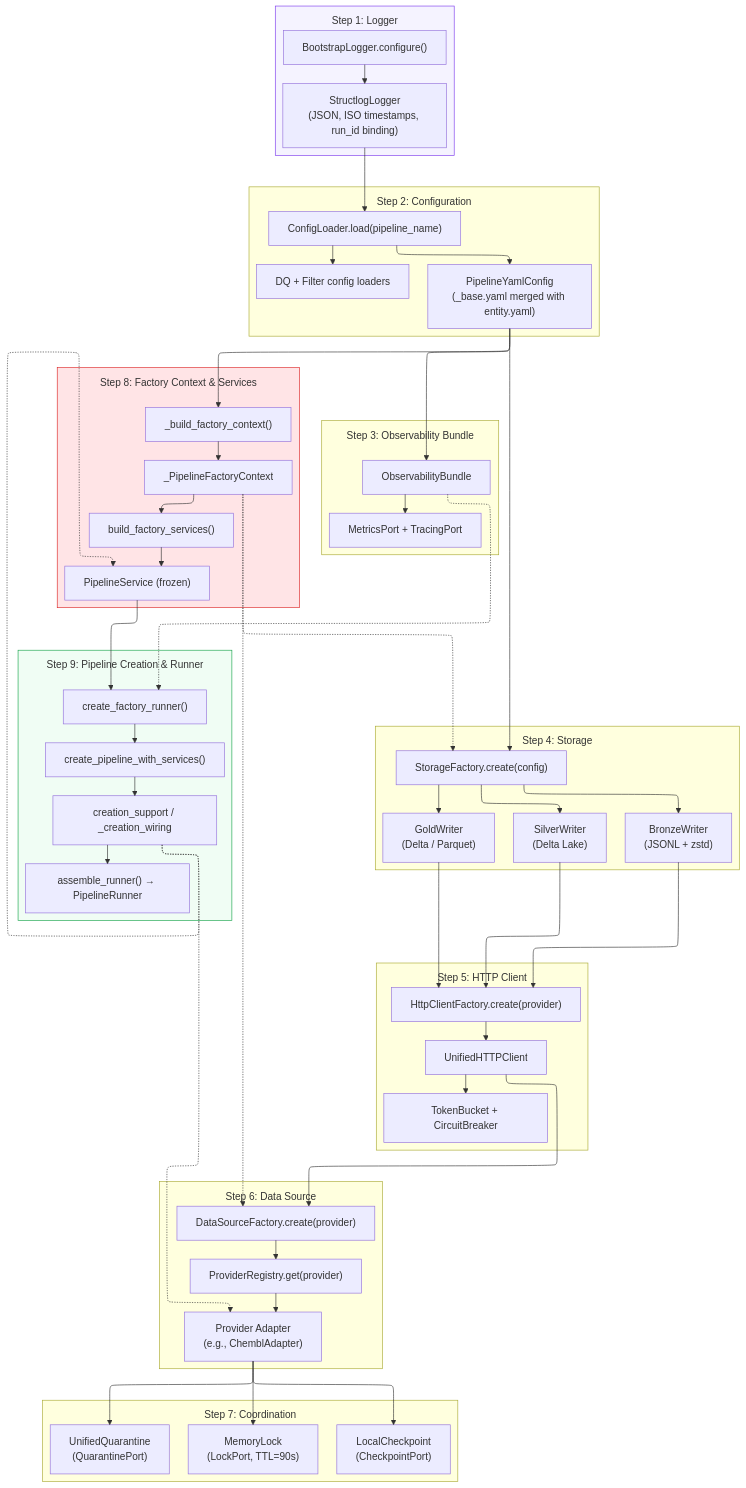
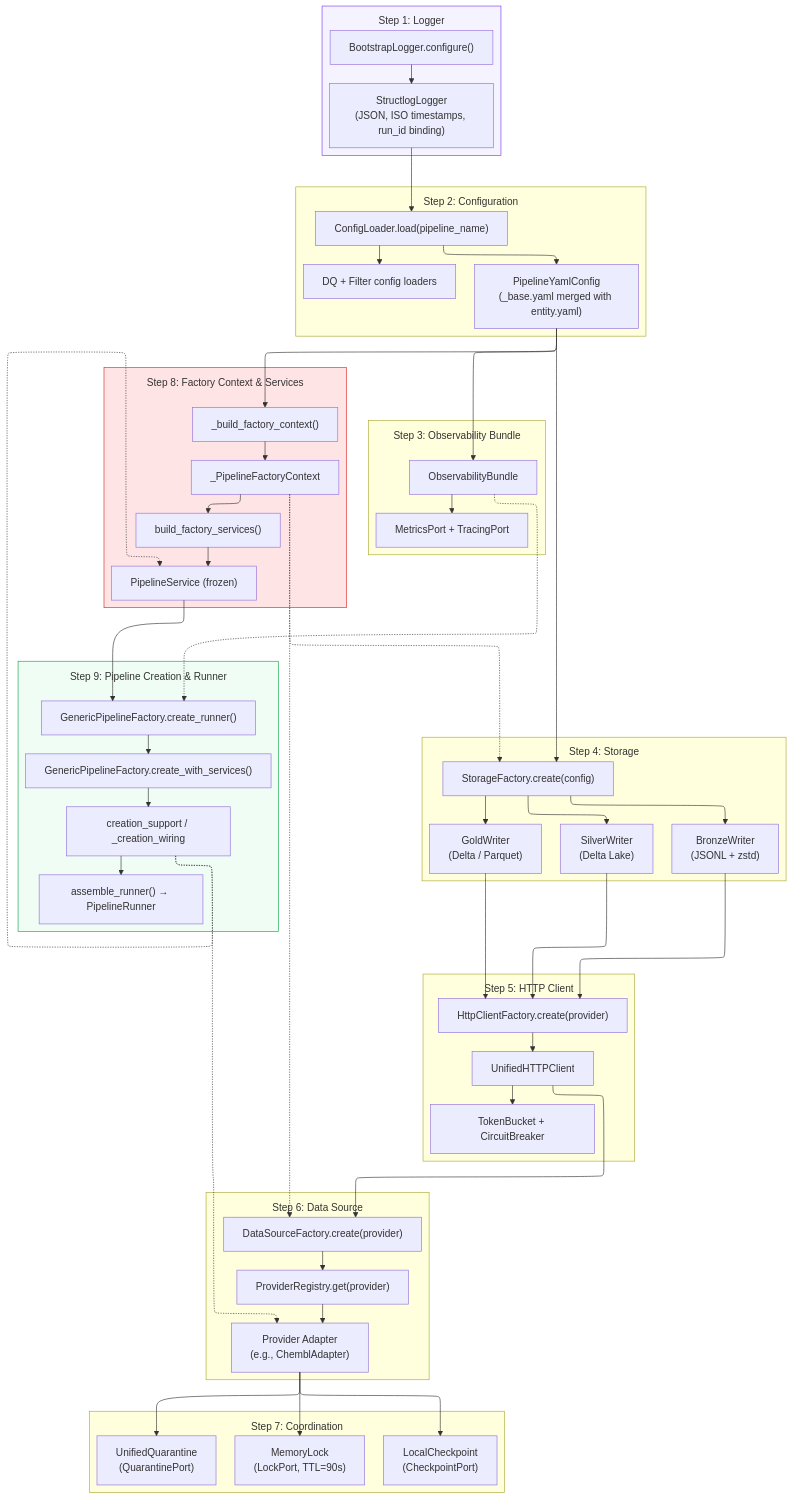
Before and after one commit to SatoryKono/BioactivityDataAcquisition: the diagram in docs/02-architecture/diagrams/foundation/35-bootstrap-sequence.mmd, drawn with Mermaid. The commit also changed 89 other files, not shown here.

```diff
--- a/docs/02-architecture/diagrams/foundation/35-bootstrap-sequence.mmd
+++ b/docs/02-architecture/diagrams/foundation/35-bootstrap-sequence.mmd
@@ -1,112 +1,112 @@
 %% Title: Composition Layer Bootstrap Sequence
 %% Covers: RULES.md §1.1 (Composition Root), composition/bootstrap/runtime/
 %% Rank: 10 (Score 8.44) — Step-by-step system assembly
 %% Updated: 2026-03-24
 %% Decomposed views: views/35-bootstrap-sequence-{overview,domain,infra,dataflow,full}.mermaid
 
 %% @version 1.1.0
 %% @date    2026-03-24
 %% @type    flowchart
 %% @level   Mixed (System / Component / Class)
 %% @nodes   28
 
 %%{init: {
   'flowchart': {
     'subGraphTitleMargin': { 'top': 12, 'bottom': 12 }
   },
   'layout': 'elk',
   'elk': {
     'mergeEdges': true,
     'nodePlacementStrategy': 'BRANDES_KOEPF',
     'edgeRouting': 'ORTHOGONAL'
   }
 }}%%
 flowchart TB
     subgraph Step1["Step 1: Logger"]
         S1A["BootstrapLogger.configure()"]
         S1B["StructlogLogger<br/>(JSON, ISO timestamps, run_id binding)"]
     end
 
     subgraph Step2["Step 2: Configuration"]
         S2A["ConfigLoader.load(pipeline_name)"]
         S2B["PipelineYamlConfig<br/>(_base.yaml merged with entity.yaml)"]
         S2C["DQ + Filter config loaders"]
     end
 
     subgraph Step3["Step 3: Observability Bundle"]
         S3A["ObservabilityBundle"]
         S3B["MetricsPort + TracingPort"]
     end
 
     subgraph Step4["Step 4: Storage"]
         S4A["StorageFactory.create(config)"]
         S4B["BronzeWriter<br/>(JSONL + zstd)"]
         S4C["SilverWriter<br/>(Delta Lake)"]
         S4D["GoldWriter<br/>(Delta / Parquet)"]
     end
 
     subgraph Step5["Step 5: HTTP Client"]
         S5A["HttpClientFactory.create(provider)"]
         S5B["UnifiedHTTPClient"]
         S5C["TokenBucket + CircuitBreaker"]
     end
 
     subgraph Step6["Step 6: Data Source"]
         S6A["DataSourceFactory.create(provider)"]
         S6B["ProviderRegistry.get(provider)"]
         S6C["Provider Adapter<br/>(e.g., ChemblAdapter)"]
     end
 
     subgraph Step7["Step 7: Coordination"]
         S7A["MemoryLock<br/>(LockPort, TTL=90s)"]
         S7B["LocalCheckpoint<br/>(CheckpointPort)"]
         S7C["UnifiedQuarantine<br/>(QuarantinePort)"]
     end
 
     subgraph Step8["Step 8: Factory Context & Services"]
         S8A["_build_factory_context()"]
         S8B["_PipelineFactoryContext"]
         S8C["build_factory_services()"]
         S8D["PipelineService (frozen)"]
     end
 
     subgraph Step9["Step 9: Pipeline Creation & Runner"]
-        S9A["create_factory_runner()"]
-        S9B["create_pipeline_with_services()"]
+        S9A["GenericPipelineFactory.create_runner()"]
+        S9B["GenericPipelineFactory.create_with_services()"]
         S9C["creation_support / _creation_wiring"]
         S9D["assemble_runner() → PipelineRunner"]
     end
 
     %% Flow
     S1A --> S1B
     S1B --> S2A
     S2A --> S2B & S2C
     S2B --> S3A
     S3A --> S3B
     S2B --> S4A
     S4A --> S4B & S4C & S4D
     S4B & S4C & S4D --> S5A
     S5A --> S5B
     S5B --> S5C
     S5B --> S6A
     S6A --> S6B --> S6C
     S6C --> S7A & S7B & S7C
     S2B --> S8A
     S8A --> S8B --> S8C --> S8D
     S8B -.-> S6A
     S8B -.-> S4A
     S3A -.-> S9A
     S8D --> S9A --> S9B --> S9C --> S9D
     S9C -.-> S8D
     S9C -.-> S6C
 
     %% Styling
     style Step1 fill:#f5f3ff,stroke:#7c3aed
     style Step8 fill:#ffe4e6,stroke:#dc2626
     style Step9 fill:#f0fdf4,stroke:#16a34a
 
     classDef port fill:#f5f3ff,stroke:#7c3aed,stroke-width:1px,color:#111827;
     classDef adapter fill:#fff1f2,stroke:#dc2626,stroke-width:1px,color:#111827;
     classDef service fill:#eff6ff,stroke:#2563eb,stroke-width:1px,color:#111827;
     classDef process fill:#f0fdf4,stroke:#16a34a,stroke-width:1px,color:#111827;
     classDef storage fill:#fff7ed,stroke:#f59e0b,stroke-width:1px,color:#111827;
```
